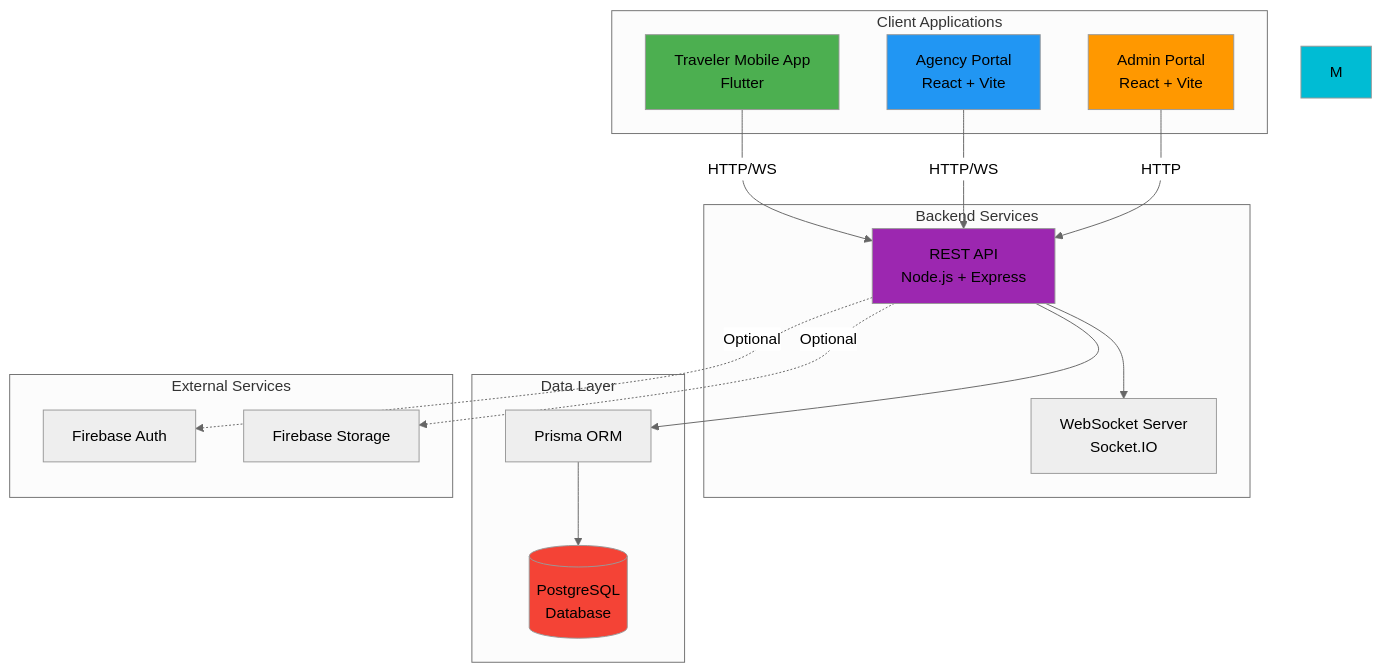
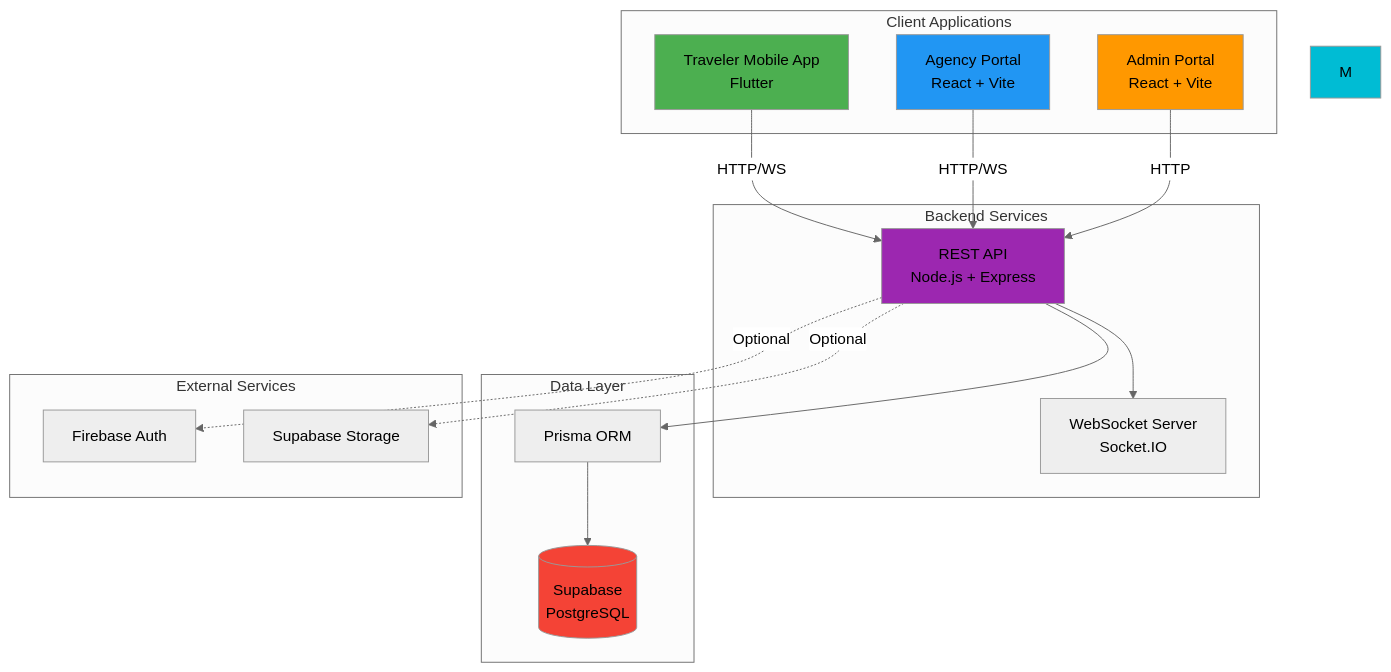
The first of 2 diagrams in README.md (AbuZar-Babar/TrekPal), drawn with Mermaid (neutral theme) before and after one commit. The commit also changed other lines of this file and 21 other files, not shown here.

````diff
--- a/README.md
+++ b/README.md
@@ -33,39 +33,39 @@
 ```mermaid
 graph TB
     subgraph "Client Applications"
         A[Traveler Mobile App<br/>Flutter]
         B[Agency Portal<br/>React + Vite]
         C[Admin Portal<br/>React + Vite]
     end
     
     subgraph "Backend Services"
         D[REST API<br/>Node.js + Express]
         E[WebSocket Server<br/>Socket.IO]
     end
     
     subgraph "Data Layer"
-        F[(PostgreSQL<br/>Database)]
+        F[(Supabase<br/>PostgreSQL)]
         G[Prisma ORM]
     end
     
     subgraph "External Services"
         H[Firebase Auth]
-        I[Firebase Storage]
+        I[Supabase Storage]
     end
     
     A -->|HTTP/WS| D
     B -->|HTTP/WS| D
     C -->|HTTP| D
     D --> E
     D --> G
     G --> F
     D -.->|Optional| H
     D -.->|Optional| I
     
     style A fill:#4CAF50
     style B fill:#2196F3
     style C fill:#FF9800
     style D fill:#9C27B0
     style F fill:#F44336
     style M fill:#00BCD4
 ```
````
